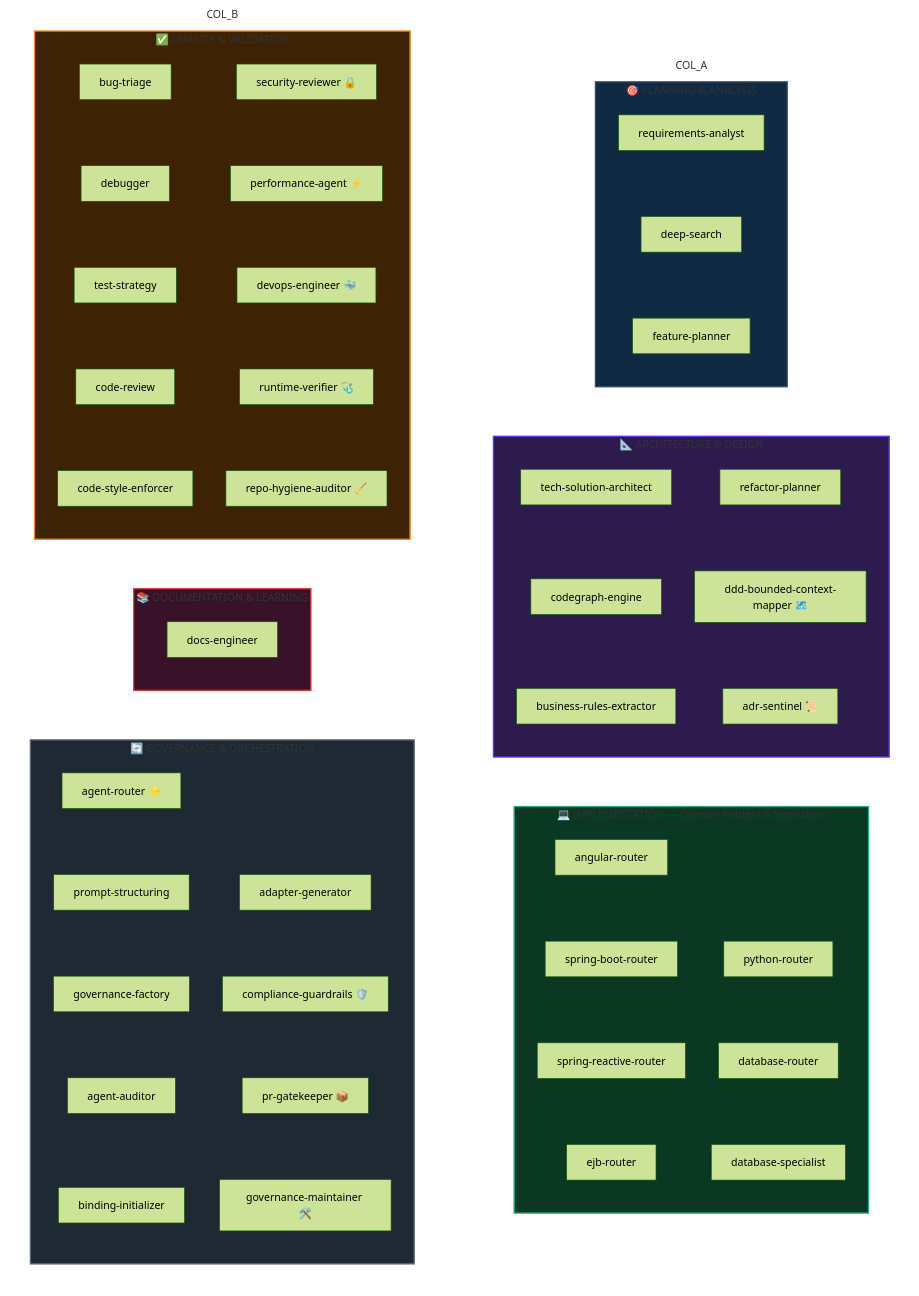
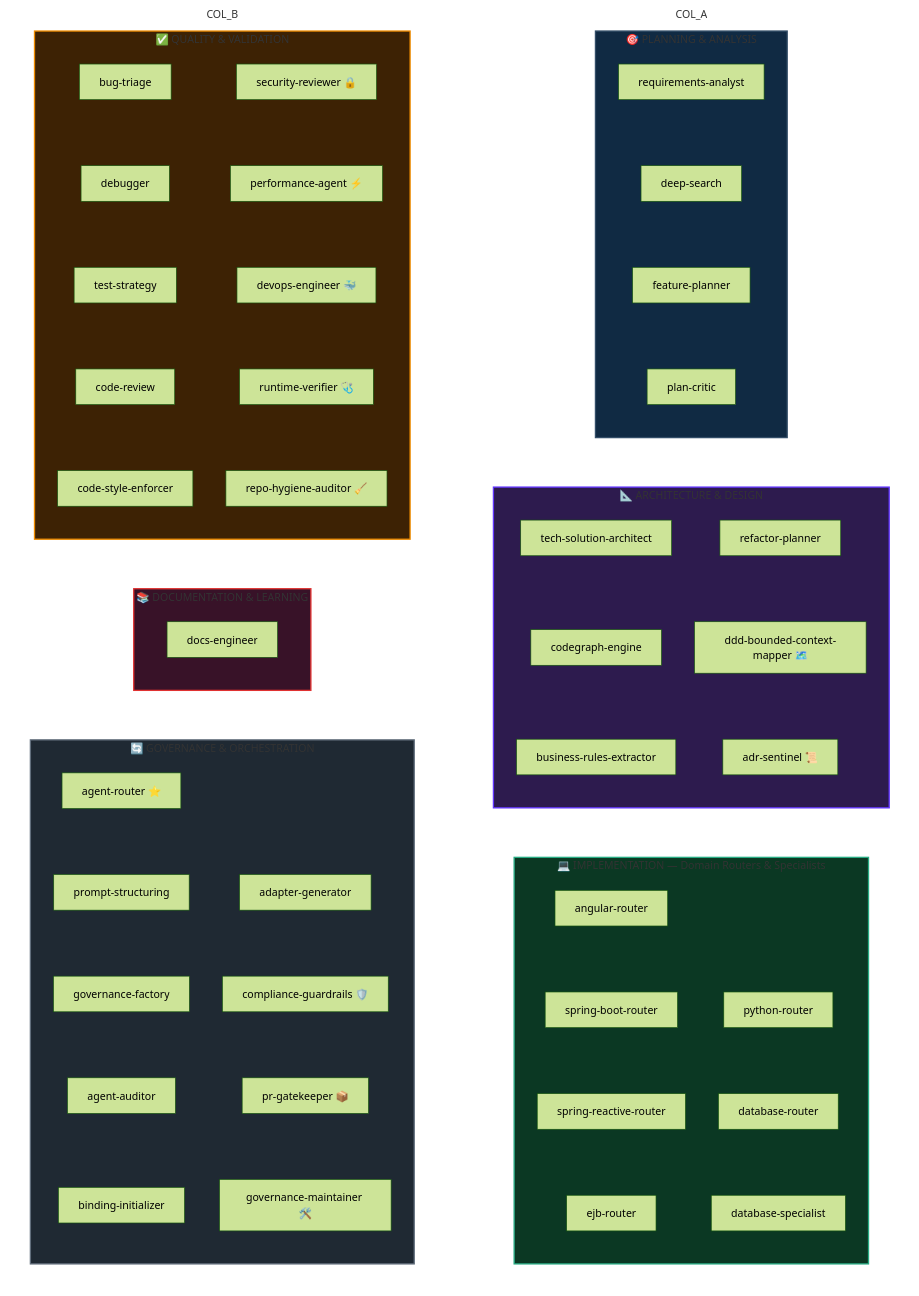
The second of 2 diagrams in README.md (jezreel8858/deep-agents-copilot), drawn with Mermaid (forest theme) before and after one commit. The commit also changed other lines of this file and 56 other files, not shown here.

````diff
--- a/README.md
+++ b/README.md
@@ -261,56 +261,56 @@
 ```mermaid
 flowchart TB
     subgraph COL_A
         direction TB
         subgraph CAT1["🎯 PLANNING &amp; ANALYSIS"]
             direction TB
-            A1[requirements-analyst] ~~~ A2[deep-search] ~~~ A3[feature-planner]
+            A1[requirements-analyst] ~~~ A2[deep-search] ~~~ A3[feature-planner] ~~~ A4[plan-critic]
         end
 
         subgraph CAT2["📐 ARCHITECTURE &amp; DESIGN"]
             direction TB
             B1[tech-solution-architect] ~~~ B2[codegraph-engine] ~~~ B3[business-rules-extractor]
             B4[refactor-planner] ~~~ B5["ddd-bounded-context-mapper 🗺️"] ~~~ B6["adr-sentinel 📜"]
         end
 
         subgraph CAT3["💻 IMPLEMENTATION — Domain Routers &amp; Specialists"]
             direction TB
             C1[angular-router] ~~~ C2[spring-boot-router] ~~~ C3[spring-reactive-router] ~~~ C4[ejb-router]
             C5[python-router] ~~~ C6[database-router] ~~~ C7[database-specialist]
         end
 
         CAT1 ~~~ CAT2 ~~~ CAT3
     end
 
     subgraph COL_B
         direction TB
         subgraph CAT4["✅ QUALITY &amp; VALIDATION"]
             direction TB
             D1[bug-triage] ~~~ D2[debugger] ~~~ D3[test-strategy] ~~~ D4[code-review] ~~~ D5[code-style-enforcer]
             D6["security-reviewer 🔒"] ~~~ D7["performance-agent ⚡"] ~~~ D8["devops-engineer 🐳"] ~~~ D9["runtime-verifier 🩺"] ~~~ D10["repo-hygiene-auditor 🧹"]
         end
 
         subgraph CAT5["📚 DOCUMENTATION &amp; LEARNING"]
             direction TB
             E1[docs-engineer]
         end
 
         subgraph CAT6["🔄 GOVERNANCE &amp; ORCHESTRATION"]
             direction TB
             F1["agent-router ⭐"] ~~~ F2[prompt-structuring] ~~~ F3[governance-factory] ~~~ F4[agent-auditor] ~~~ F5[binding-initializer]
             F6[adapter-generator] ~~~ F8["compliance-guardrails 🛡️"] ~~~ F9["pr-gatekeeper 📦"] ~~~ F10["governance-maintainer 🛠️"]
         end
 
         CAT4 ~~~ CAT5 ~~~ CAT6
     end
 
     style COL_A fill:none,stroke:none
     style COL_B fill:none,stroke:none
 
     style CAT1 fill:#102a43,stroke:#334e68,stroke-width:2px
     style CAT2 fill:#2d1b4e,stroke:#6236ff,stroke-width:2px
     style CAT3 fill:#0b3823,stroke:#27ab83,stroke-width:2px
     style CAT4 fill:#3d2204,stroke:#f08c00,stroke-width:2px
     style CAT5 fill:#381228,stroke:#e03131,stroke-width:2px
     style CAT6 fill:#1f2933,stroke:#616e7c,stroke-width:2px
 ```
````
